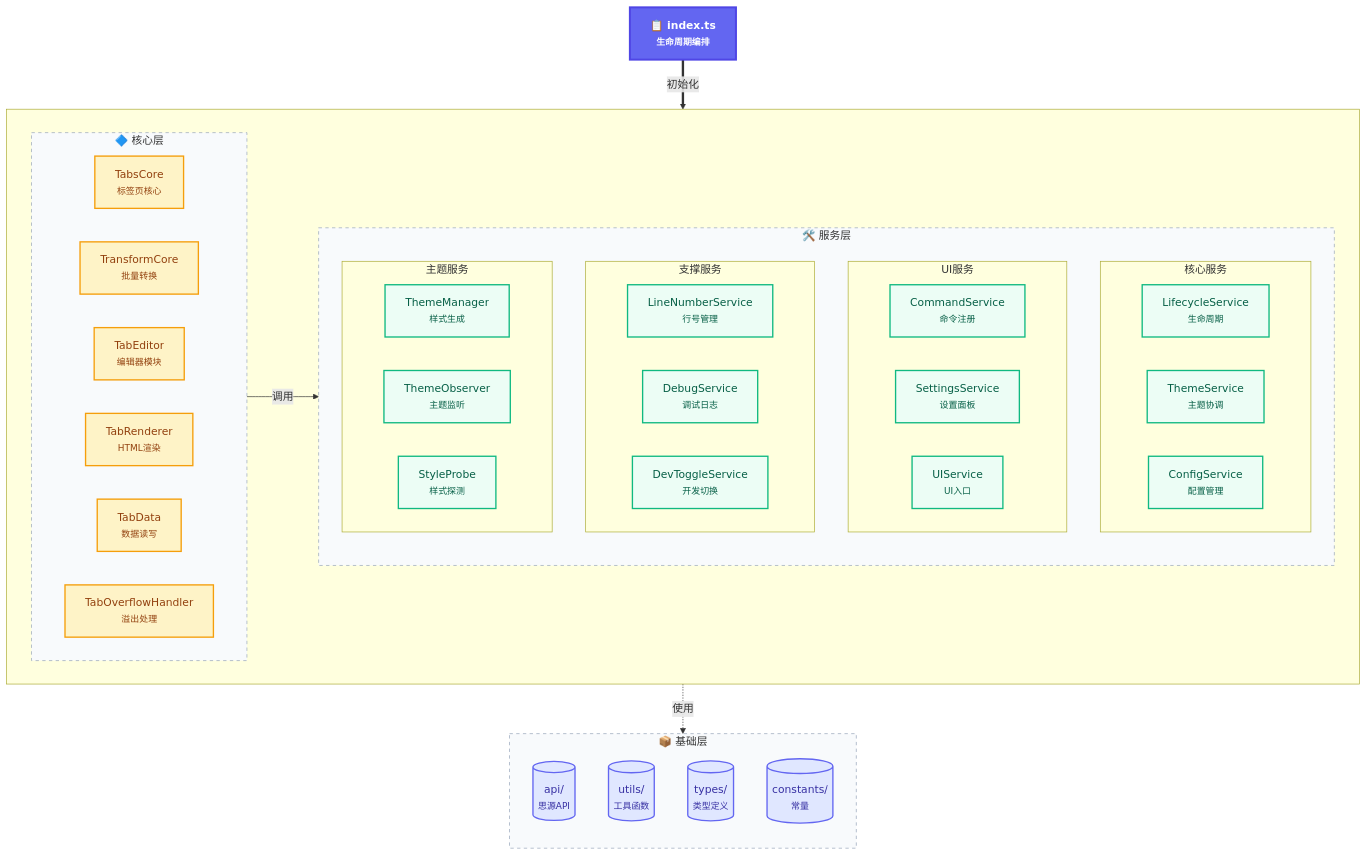
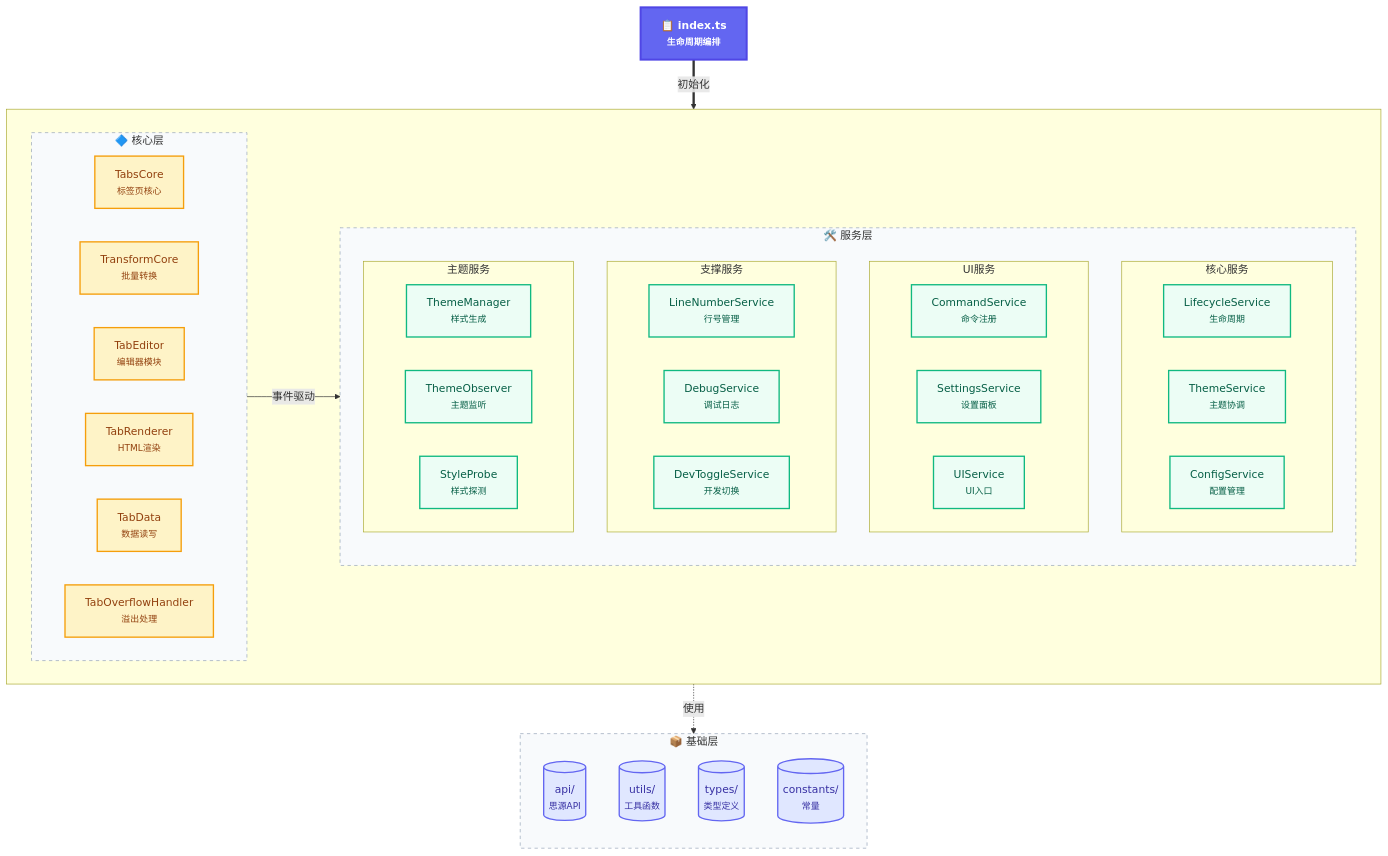
The diagram in docs/CODE_WIKI.md (springtwr/siyuan-code-tabs), drawn with Mermaid before and after one commit. The commit also changed other lines of this file and 4 other files, not shown here.

````diff
--- a/docs/CODE_WIKI.md
+++ b/docs/CODE_WIKI.md
@@ -21,71 +21,71 @@
 ```mermaid
 graph TB
     %% 样式定义
     classDef index fill:#6366f1,stroke:#4f46e5,stroke-width:3px,color:#fff,font-weight:bold
     classDef core fill:#fef3c7,stroke:#f59e0b,stroke-width:2px,color:#92400e
     classDef service fill:#ecfdf5,stroke:#10b981,stroke-width:2px,color:#065f46
     classDef foundation fill:#e0e7ff,stroke:#6366f1,stroke-width:2px,color:#3730a3
     classDef layer fill:#f8fafc,stroke:#94a3b8,stroke-width:1px,stroke-dasharray: 5 5
 
     %% 入口
     index[📋 index.ts<br/><small>生命周期编排</small>]:::index
 
     %% 核心层与服务层横向并排
     subgraph MainLayer[ ]
         direction LR
         
         %% 核心层
         subgraph CoreLayer[🔷 核心层]
             direction LR
             TabsCore[TabsCore<br/><small>标签页核心</small>]:::core
             TransformCore[TransformCore<br/><small>批量转换</small>]:::core
             TabEditor[TabEditor<br/><small>编辑器模块</small>]:::core
             TabRenderer[TabRenderer<br/><small>HTML渲染</small>]:::core
             TabData[TabData<br/><small>数据读写</small>]:::core
             TabOverflowHandler[TabOverflowHandler<br/><small>溢出处理</small>]:::core
         end
 
         %% 服务层
         subgraph ServiceLayer[🛠️ 服务层]
             direction TB
             subgraph CoreServices[核心服务]
                 LifecycleService[LifecycleService<br/><small>生命周期</small>]:::service
                 ThemeService[ThemeService<br/><small>主题协调</small>]:::service
                 ConfigService[ConfigService<br/><small>配置管理</small>]:::service
             end
             subgraph UIServices[UI服务]
                 CommandService[CommandService<br/><small>命令注册</small>]:::service
                 SettingsService[SettingsService<br/><small>设置面板</small>]:::service
                 UIService[UIService<br/><small>UI入口</small>]:::service
             end
             subgraph SupportServices[支撑服务]
                 LineNumberService[LineNumberService<br/><small>行号管理</small>]:::service
                 DebugService[DebugService<br/><small>调试日志</small>]:::service
                 DevToggleService[DevToggleService<br/><small>开发切换</small>]:::service
             end
             subgraph ThemeServices[主题服务]
                 direction LR
                 ThemeManager[ThemeManager<br/><small>样式生成</small>]:::service
                 ThemeObserver[ThemeObserver<br/><small>主题监听</small>]:::service
                 StyleProbe[StyleProbe<br/><small>样式探测</small>]:::service
             end
         end
     end
 
     %% 基础层
     subgraph FoundationLayer[📦 基础层]
         direction TB
         api[(api/<br/><small>思源API</small>)]:::foundation
         utils[(utils/<br/><small>工具函数</small>)]:::foundation
         types[(types/<br/><small>类型定义</small>)]:::foundation
         constants[(constants/<br/><small>常量</small>)]:::foundation
     end
 
     %% 依赖关系
     index ==>|初始化| MainLayer
-    CoreLayer -->|调用| ServiceLayer
+    CoreLayer -->|事件驱动| ServiceLayer
     MainLayer -.->|使用| FoundationLayer
 
     %% 样式应用
     class CoreLayer,ServiceLayer,FoundationLayer layer
 ```
````
